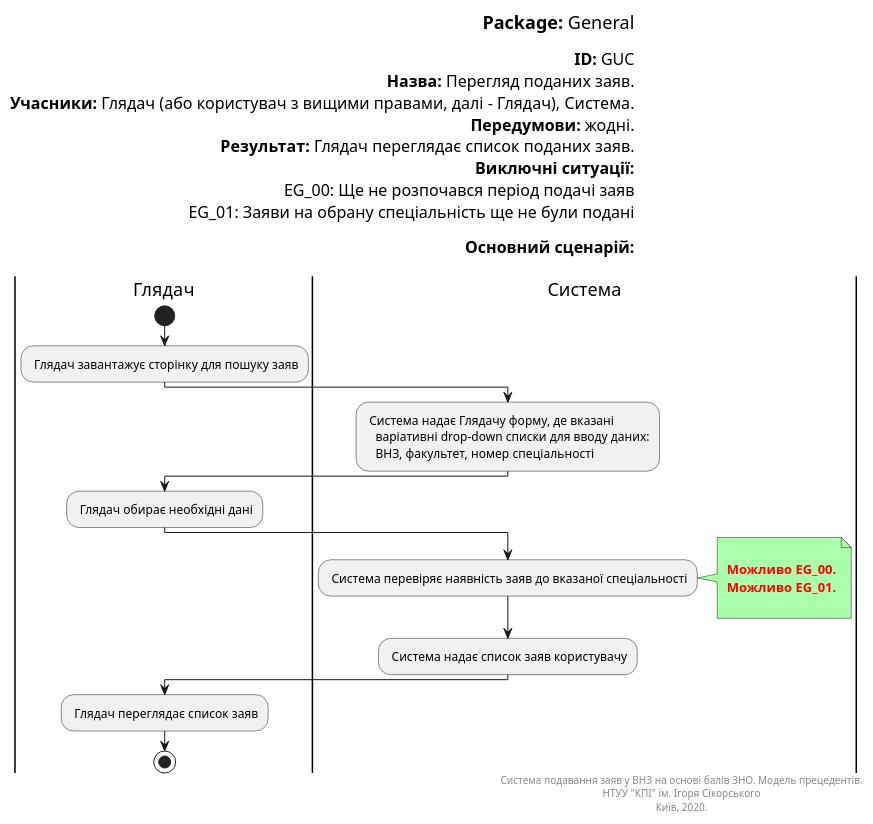
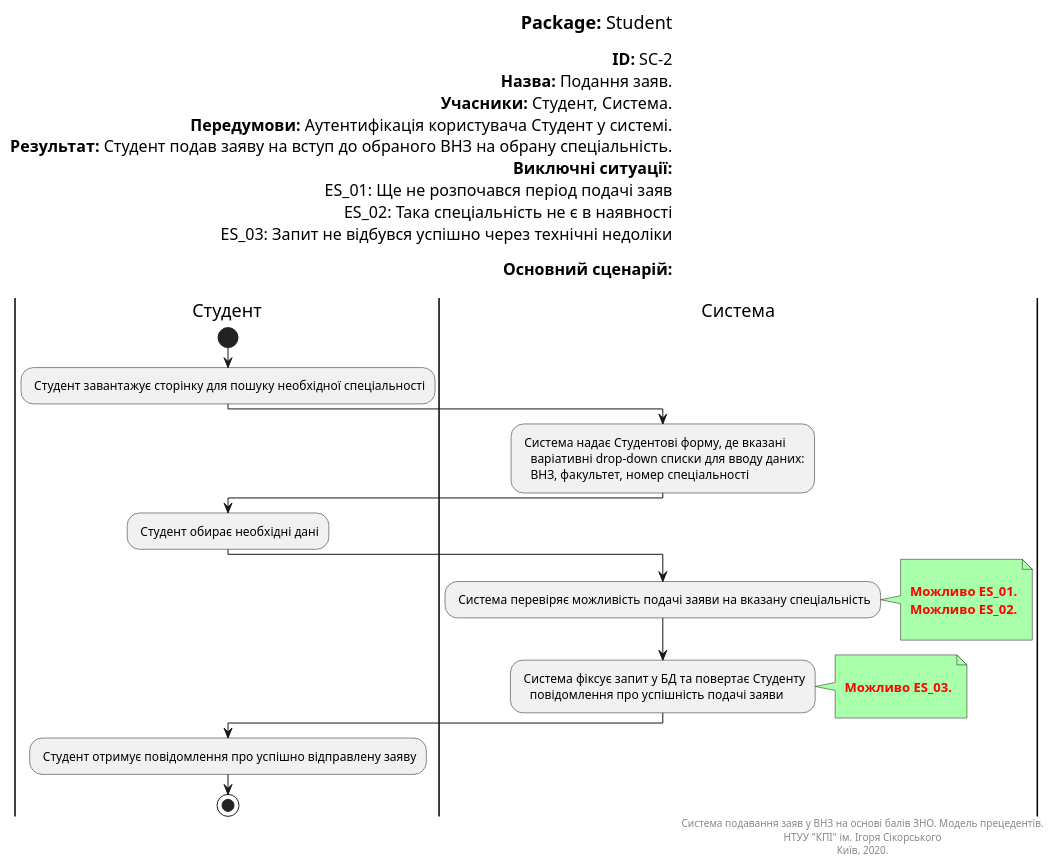
Before and after one commit to KPI-IP94-Database/TeamThreeProject: the diagram in docs/src/diagrams/scenarios/Student/applying.puml, drawn with PlantUML. The commit also changed 3 other files, not shown here.

```diff
--- a/docs/src/diagrams/scenarios/Student/applying.puml
+++ b/docs/src/diagrams/scenarios/Student/applying.puml
@@ -1,53 +1,60 @@
 @startuml
 left header
-<font color=000 size=18><b>Package:</b> General
+<font color=000 size=18><b>Package:</b> Student
 
-<font color=000 size=16><b>ID:</b> GUC
-<font color=000 size=16><b>Назва:</b> Перегляд поданих заяв.
-<font color=000 size=16><b>Учасники:</b> Глядач (або користувач з вищими правами, далі - Глядач), Система.
-<font color=000 size=16><b>Передумови:</b> жодні.
-<font color=000 size=16><b>Результат:</b> Глядач переглядає список поданих заяв.
+<font color=000 size=16><b>ID:</b> SC-2
+<font color=000 size=16><b>Назва:</b> Подання заяв.
+<font color=000 size=16><b>Учасники:</b> Студент, Система.
+<font color=000 size=16><b>Передумови:</b> Аутентифікація користувача Студент у системі.
+<font color=000 size=16><b>Результат:</b> Студент подав заяву на вступ до обраного ВНЗ на обрану спеціальність.
 <font color=000 size=16><b>Виключні ситуації:</b>
-<font color=000 size=16> EG_00: Ще не розпочався період подачі заяв
-<font color=000 size=16> EG_01: Заяви на обрану спеціальність ще не були подані
+<font color=000 size=16> ES_01: Ще не розпочався період подачі заяв
+<font color=000 size=16> ES_02: Така спеціальність не є в наявності
+<font color=000 size=16> ES_03: Запит не відбувся успішно через технічні недоліки
 
 <font color=000 size=16><b>Основний сценарій:</b>
 
 end header
 
-|Глядач|
+|Студент|
 start
-: Глядач завантажує сторінку для пошуку заяв;
+: Студент завантажує сторінку для пошуку необхідної спеціальності;
 
 |Система|
-: Система надає Глядачу форму, де вказані
+: Система надає Студентові форму, де вказані
    варіативні drop-down списки для вводу даних:
    ВНЗ, факультет, номер спеціальності;
 
-|Глядач|
-: Глядач обирає необхідні дані;
+|Студент|
+: Студент обирає необхідні дані;
 
 |Система|
-: Система перевіряє наявність заяв до вказаної спеціальності;
+: Система перевіряє можливість подачі заяви на вказану спеціальність;
 note right #aaffaa
 
-<font color=red><b> Можливо EG_00.
-<font color=red><b> Можливо EG_01.
+<font color=red><b> Можливо ES_01.
+<font color=red><b> Можливо ES_02.
 
 end note
 
-: Система надає список заяв користувачу;
+: Система фіксує запит у БД та повертає Студенту
+   повідомлення про успішність подачі заяви;
+note right #aaffaa
 
-|Глядач|
+<font color=red><b> Можливо ES_03.
 
-: Глядач переглядає список заяв;
+end note
+
+|Студент|
+
+: Студент отримує повідомлення про успішно відправлену заяву;
 
 stop;
 
 right footer
 Система подавання заяв у ВНЗ на основі балів ЗНО. Модель прецедентів.
 НТУУ "КПІ" ім. Ігоря Сікорського
 Київ, 2020.
 end footer
 
 @enduml
```
